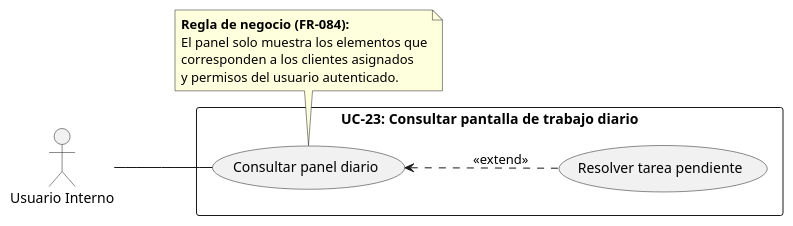
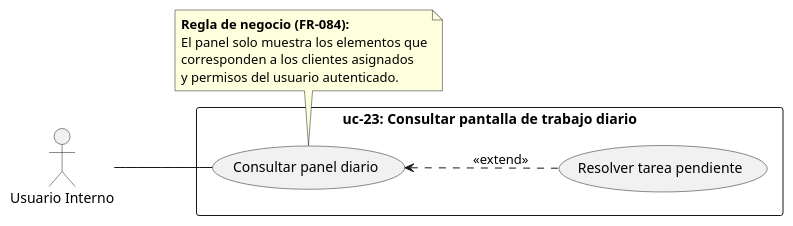
The diagram in doc/src/casos-uso/uc-23-consultar-pantalla-trabajo-diario.pu (pablorv3/Hienitas-ADAP), drawn with PlantUML before and after one commit. The commit also changed 2 other files, not shown here.

Commit message:
uml diagram user case fix

```diff
--- a/doc/src/casos-uso/uc-23-consultar-pantalla-trabajo-diario.pu
+++ b/doc/src/casos-uso/uc-23-consultar-pantalla-trabajo-diario.pu
@@ -1,26 +1,26 @@
 @startuml uc-23
     left to right direction
     skinparam packageStyle rectangle
 
     actor "Usuario Interno" as UI
 
-    rectangle "UC-23: Consultar pantalla de trabajo diario" {
+    rectangle "uc-23: Consultar pantalla de trabajo diario" {
         usecase "Consultar panel diario" as UC_Consultar
         usecase "Resolver tarea pendiente" as UC_Resolver
 
         ' La resolución es opcional/condicional si el usuario decide actuar sobre un elemento
         UC_Consultar <.. UC_Resolver : <<extend>>
     }
 
     ' Nota con la regla de negocio explícita
     note bottom of UC_Consultar
     <b>Regla de negocio (FR-084):</b>
     El panel solo muestra los elementos que
     corresponden a los clientes asignados
     y permisos del usuario autenticado.
     end note
 
     ' Asociación simple
     UI -- UC_Consultar
 
 @enduml
```
